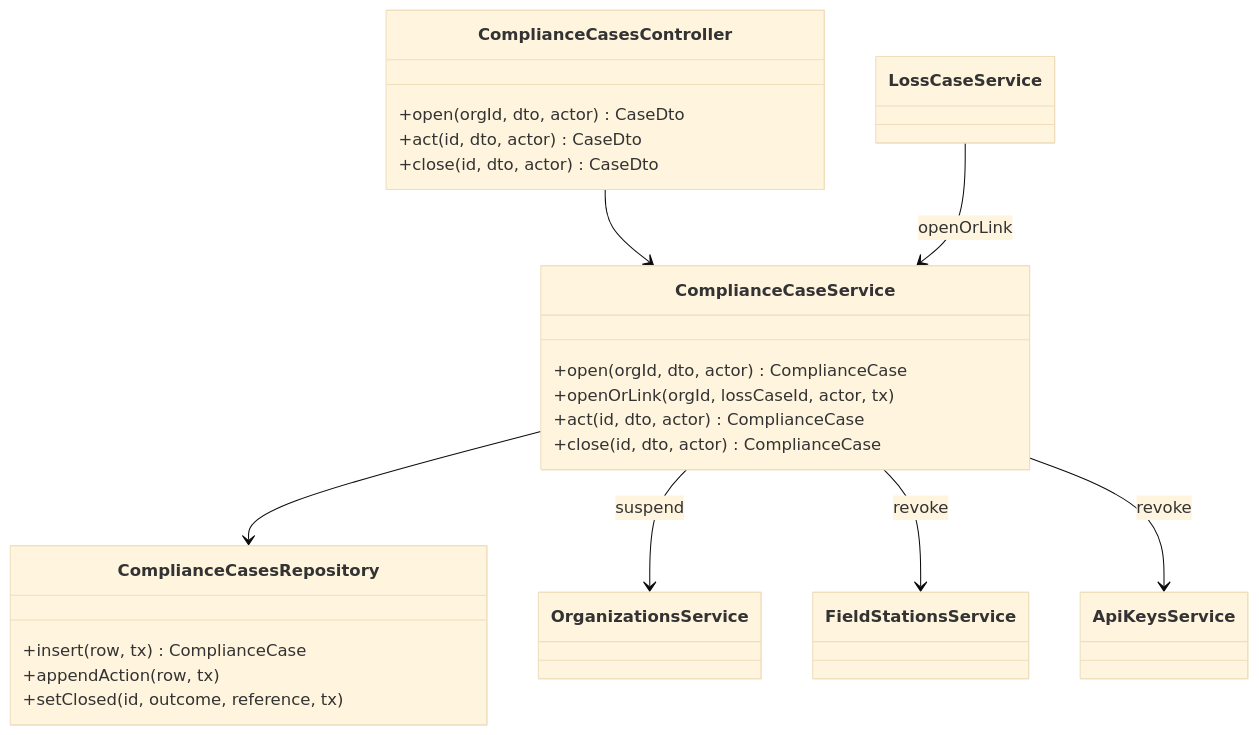
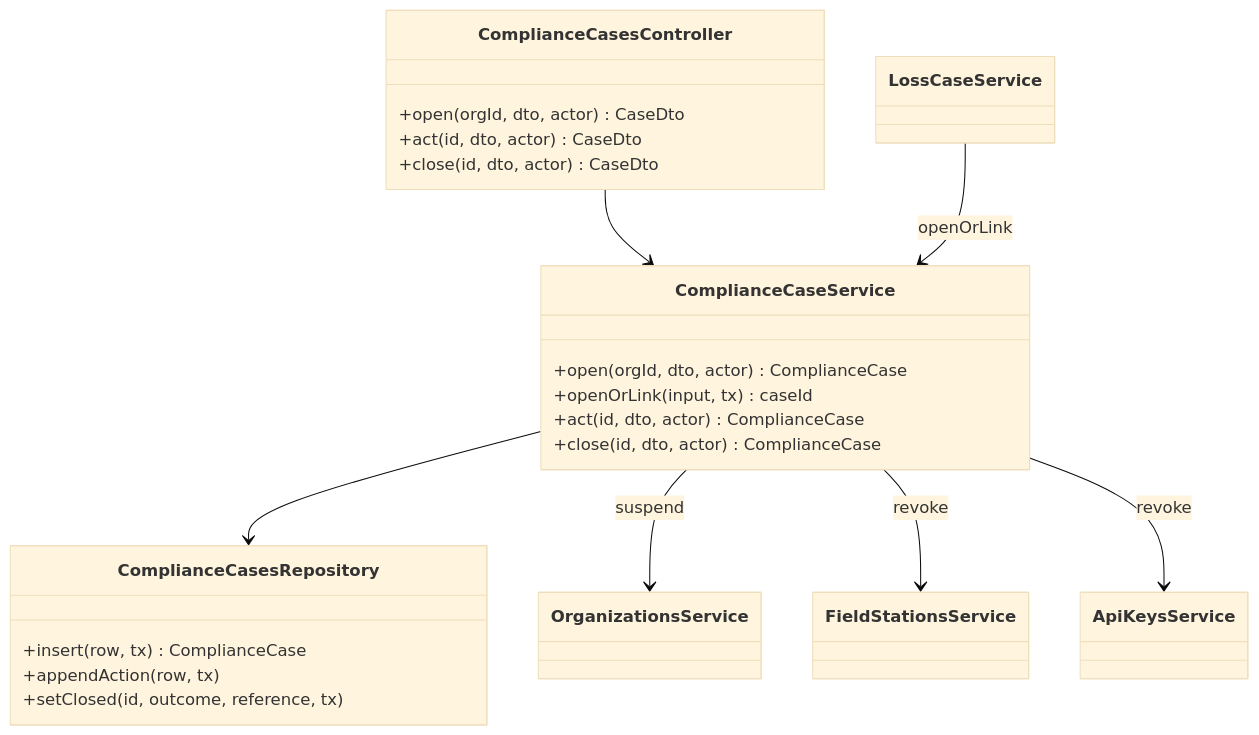
Before and after one commit to TrekLink-Team/treklink-web: the tenth of 11 diagrams in specs/organizations/design.md, drawn with Mermaid (base theme). The commit also changed other lines of this file and 8 other files, not shown here.

First line of the commit message:
docs(TK-176): record openOrLink and the loss case port, and add the missing error rows of roster api-design 17 to 19

````diff
--- a/specs/organizations/design.md
+++ b/specs/organizations/design.md
@@ -417,29 +427,29 @@
 ```mermaid
 classDiagram
     class ComplianceCasesController {
         +open(orgId, dto, actor) CaseDto
         +act(id, dto, actor) CaseDto
         +close(id, dto, actor) CaseDto
     }
     class ComplianceCaseService {
         +open(orgId, dto, actor) ComplianceCase
-        +openOrLink(orgId, lossCaseId, actor, tx)
+        +openOrLink(input, tx) caseId
         +act(id, dto, actor) ComplianceCase
         +close(id, dto, actor) ComplianceCase
     }
     class ComplianceCasesRepository {
         +insert(row, tx) ComplianceCase
         +appendAction(row, tx)
         +setClosed(id, outcome, reference, tx)
     }
     class OrganizationsService
     class FieldStationsService
     class ApiKeysService
     class LossCaseService
     ComplianceCasesController --> ComplianceCaseService
     ComplianceCaseService --> ComplianceCasesRepository
     ComplianceCaseService --> OrganizationsService : suspend
     ComplianceCaseService --> FieldStationsService : revoke
     ComplianceCaseService --> ApiKeysService : revoke
     LossCaseService --> ComplianceCaseService : openOrLink
 ```
````
